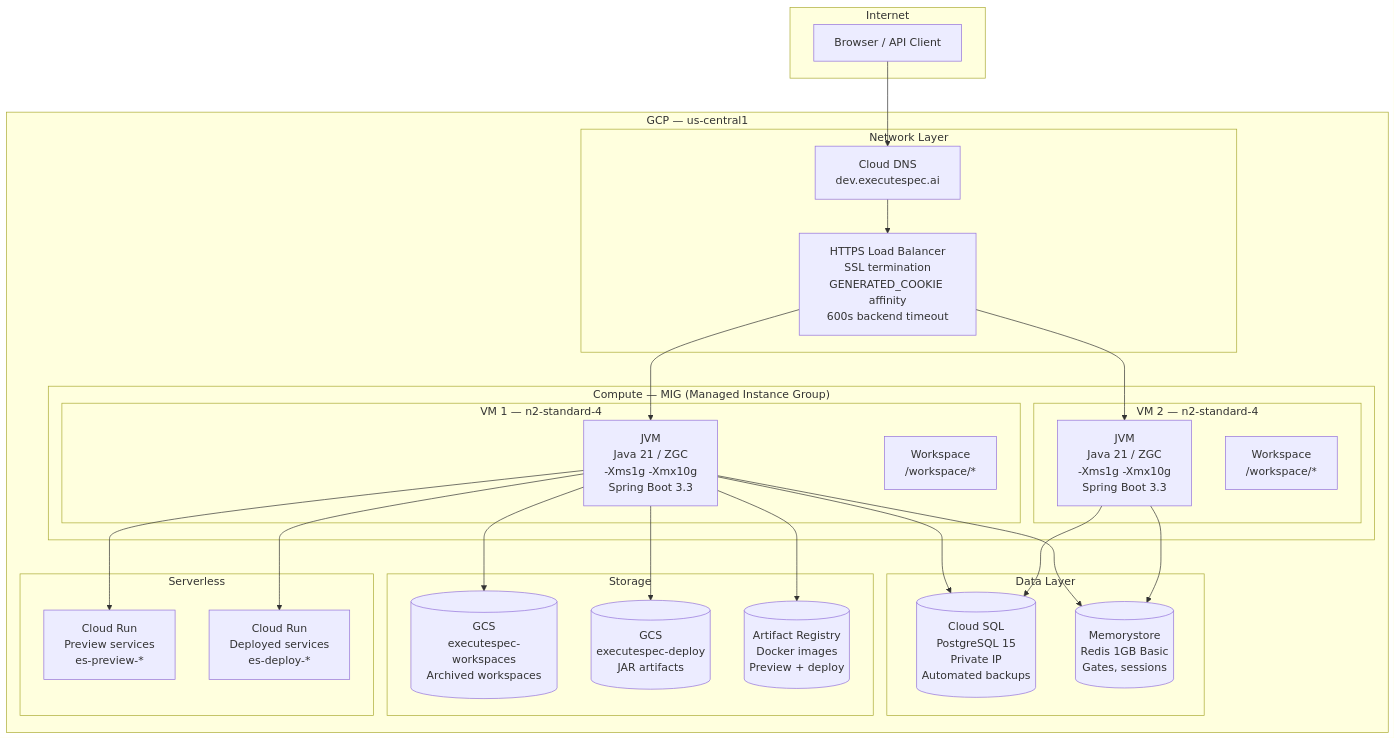
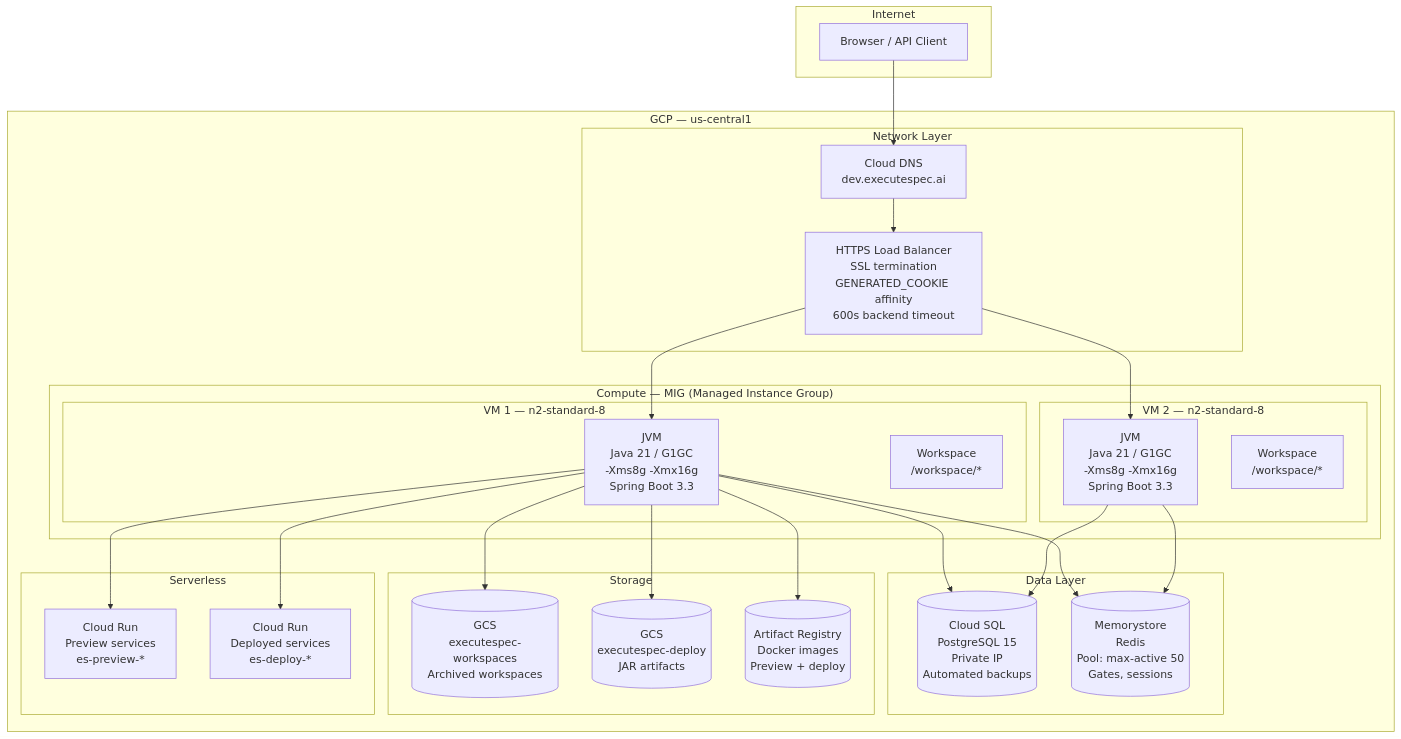
Before and after one commit to navneetprabhakar/executespec: the second of 11 diagrams in docs/ARCHITECTURE.md, drawn with Mermaid. The commit also changed other lines of this file and 2 other files, not shown here.

Commit message:
docs: fix stale tier names, VM specs, GC algorithm, provider selection across docs
- ARCHITECTURE.md: n2-standard-4 → n2-standard-8, ZGC → G1GC, JVM heap 1g/10g → 8g/16g, Redis pool sizing
- WORKFLOWS.md: streamline background validation diagram, clarify preview not stopped after tests
- run-workflow-sequence.md: FAST/CAPABLE/POWER → LIGHTWEIGHT/WORKHORSE/PLANNING throughout, fix agent-tier assignments, weighted random → user-selected provider, circuit breaker 3 → 5 failures

````diff
--- a/docs/ARCHITECTURE.md
+++ b/docs/ARCHITECTURE.md
@@ -47,53 +47,53 @@
 ```mermaid
 graph TB
     subgraph "Internet"
         Client[Browser / API Client]
     end
 
     subgraph "GCP — us-central1"
         subgraph "Network Layer"
             DNS[Cloud DNS<br/>dev.executespec.ai]
             LB[HTTPS Load Balancer<br/>SSL termination<br/>GENERATED_COOKIE affinity<br/>600s backend timeout]
         end
 
         subgraph "Compute — MIG (Managed Instance Group)"
-            subgraph "VM 1 — n2-standard-4"
-                JVM1[JVM<br/>Java 21 / ZGC<br/>-Xms1g -Xmx10g<br/>Spring Boot 3.3]
+            subgraph "VM 1 — n2-standard-8"
+                JVM1[JVM<br/>Java 21 / G1GC<br/>-Xms8g -Xmx16g<br/>Spring Boot 3.3]
                 WS1[Workspace<br/>/workspace/*]
             end
-            subgraph "VM 2 — n2-standard-4"
-                JVM2[JVM<br/>Java 21 / ZGC<br/>-Xms1g -Xmx10g<br/>Spring Boot 3.3]
+            subgraph "VM 2 — n2-standard-8"
+                JVM2[JVM<br/>Java 21 / G1GC<br/>-Xms8g -Xmx16g<br/>Spring Boot 3.3]
                 WS2[Workspace<br/>/workspace/*]
             end
         end
 
         subgraph "Data Layer"
             SQL[(Cloud SQL<br/>PostgreSQL 15<br/>Private IP<br/>Automated backups)]
-            REDIS[(Memorystore<br/>Redis 1GB Basic<br/>Gates, sessions)]
+            REDIS[(Memorystore<br/>Redis<br/>Pool: max-active 50<br/>Gates, sessions)]
         end
 
         subgraph "Storage"
             GCS_WS[(GCS<br/>executespec-workspaces<br/>Archived workspaces)]
             GCS_DEP[(GCS<br/>executespec-deploy<br/>JAR artifacts)]
             AR[(Artifact Registry<br/>Docker images<br/>Preview + deploy)]
         end
 
         subgraph "Serverless"
             CR1[Cloud Run<br/>Preview services<br/>es-preview-*]
             CR2[Cloud Run<br/>Deployed services<br/>es-deploy-*]
         end
     end
 
     Client --> DNS --> LB
     LB --> JVM1
     LB --> JVM2
     JVM1 --> SQL
     JVM2 --> SQL
     JVM1 --> REDIS
     JVM2 --> REDIS
     JVM1 --> GCS_WS
     JVM1 --> GCS_DEP
     JVM1 --> AR
     JVM1 --> CR1
     JVM1 --> CR2
 ```
````
